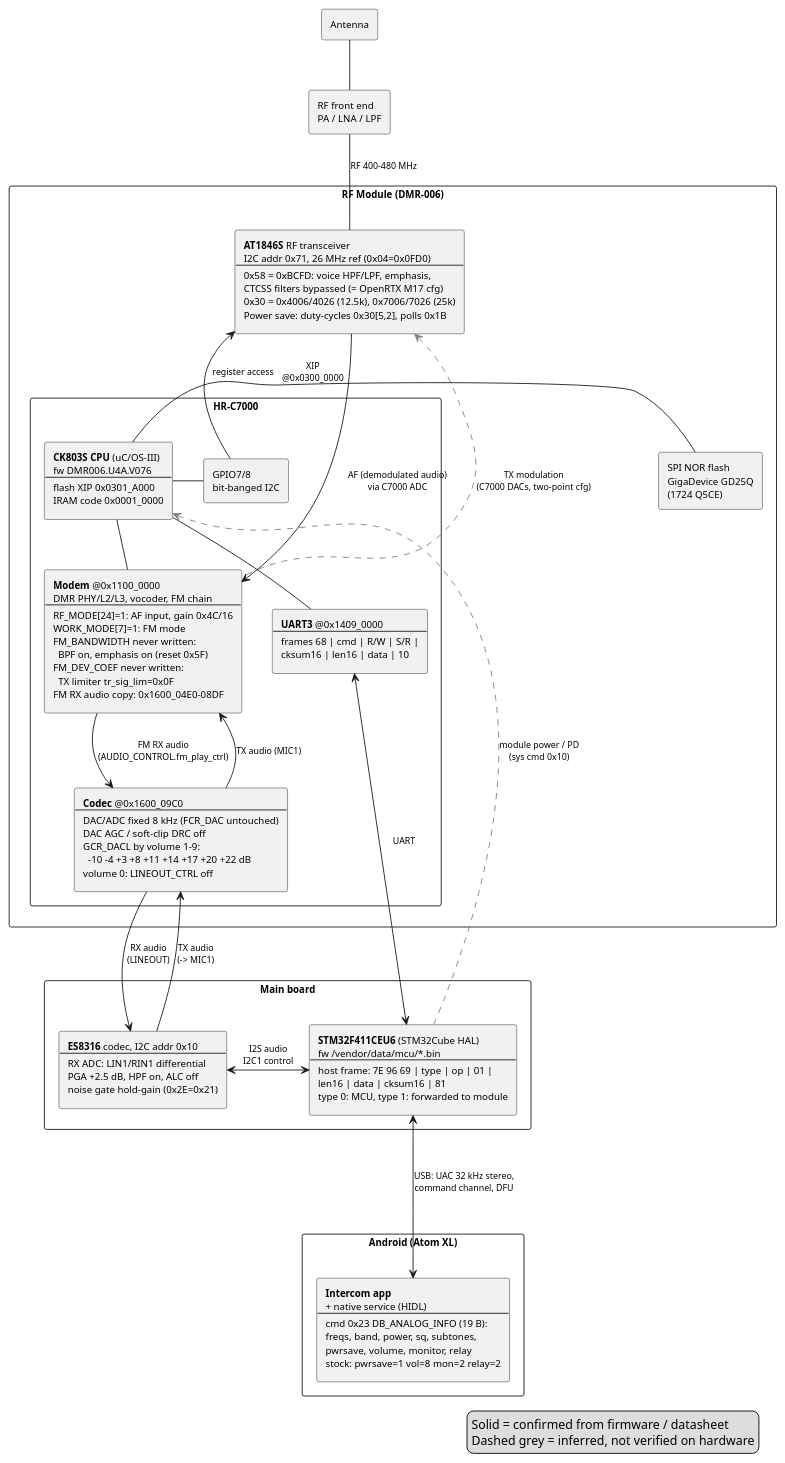
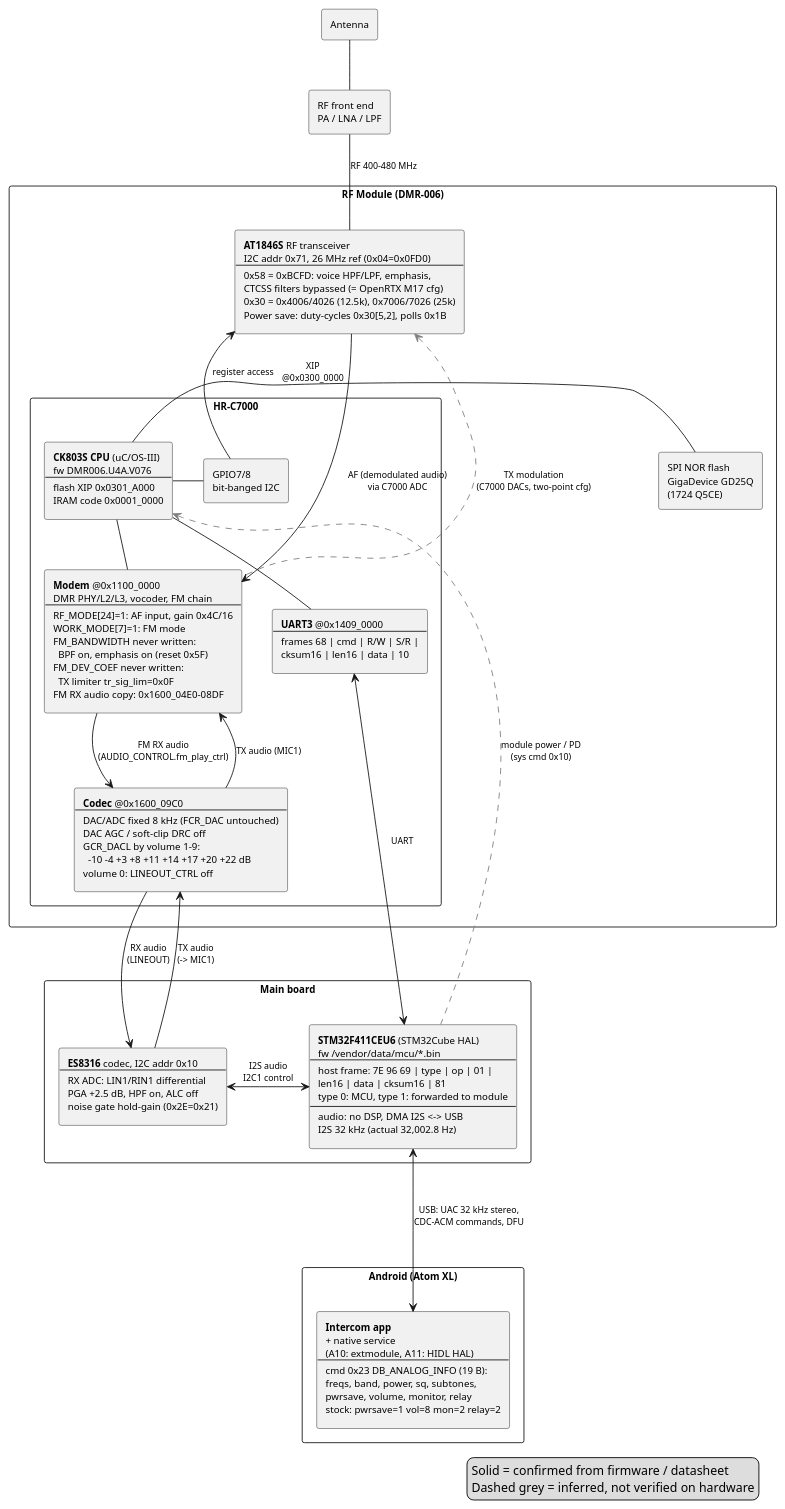
The diagram in images/block-diagram.puml (M17-Project/AtomXL-reverse-engineering), drawn with PlantUML before and after one commit. The commit also changed 5 other files, not shown here.

```diff
--- a/images/block-diagram.puml
+++ b/images/block-diagram.puml
@@ -1,135 +1,139 @@
 @startuml
 ' Unihertz Atom XL - radio subsystem block diagram
 ' Solid arrows: confirmed from firmware / datasheets.
 ' Dashed grey arrows: inferred, not verified on hardware.
 ' Sources: DMR006.U4A.V076.bin (C-SKY CK803S, headless Ghidra), STM32 fw 20201016161541.bin,
 '          HR_C7000 user guide v2.7, AT1846S programming guide, ES8316 user guide, ComJot DMR API.
 
 top to bottom direction
 skinparam componentStyle rectangle
 skinparam shadowing false
 skinparam defaultFontSize 11
 skinparam ArrowFontSize 10
 skinparam packageStyle rectangle
 skinparam nodesep 35
 skinparam ranksep 55
 
 component "Antenna" as ANT
 component "RF front end\nPA / LNA / LPF" as FE
 
 package "RF Module (DMR-006)" {
 
   component TRX [
     <b>AT1846S</b> RF transceiver
     I2C addr 0x71, 26 MHz ref (0x04=0x0FD0)
     --
     0x58 = 0xBCFD: voice HPF/LPF, emphasis,
     CTCSS filters bypassed (= OpenRTX M17 cfg)
     0x30 = 0x4006/4026 (12.5k), 0x7006/7026 (25k)
     Power save: duty-cycles 0x30[5,2], polls 0x1B
   ]
 
   package "HR-C7000" {
     component CPU [
       <b>CK803S CPU</b> (uC/OS-III)
       fw DMR006.U4A.V076
       --
       flash XIP 0x0301_A000
       IRAM code 0x0001_0000
     ]
     component MODEM [
       <b>Modem</b> @0x1100_0000
       DMR PHY/L2/L3, vocoder, FM chain
       --
       RF_MODE[24]=1: AF input, gain 0x4C/16
       WORK_MODE[7]=1: FM mode
       FM_BANDWIDTH never written:
         BPF on, emphasis on (reset 0x5F)
       FM_DEV_COEF never written:
         TX limiter tr_sig_lim=0x0F
       FM RX audio copy: 0x1600_04E0-08DF
     ]
     component CODEC7 [
       <b>Codec</b> @0x1600_09C0
       --
       DAC/ADC fixed 8 kHz (FCR_DAC untouched)
       DAC AGC / soft-clip DRC off
       GCR_DACL by volume 1-9:
         -10 -4 +3 +8 +11 +14 +17 +20 +22 dB
       volume 0: LINEOUT_CTRL off
     ]
     component UART3 [
       <b>UART3</b> @0x1409_0000
       --
       frames 68 | cmd | R/W | S/R |
       cksum16 | len16 | data | 10
     ]
     component "GPIO7/8\nbit-banged I2C" as BBI2C
   }
 
   component "SPI NOR flash\nGigaDevice GD25Q\n(1724 Q5CE)" as FLASH
 }
 
 package "Main board" {
   component ES [
     <b>ES8316</b> codec, I2C addr 0x10
     --
     RX ADC: LIN1/RIN1 differential
     PGA +2.5 dB, HPF on, ALC off
     noise gate hold-gain (0x2E=0x21)
   ]
   component MCU [
     <b>STM32F411CEU6</b> (STM32Cube HAL)
     fw /vendor/data/mcu/*.bin
     --
     host frame: 7E 96 69 | type | op | 01 |
     len16 | data | cksum16 | 81
     type 0: MCU, type 1: forwarded to module
+    --
+    audio: no DSP, DMA I2S <-> USB
+    I2S 32 kHz (actual 32,002.8 Hz)
   ]
 }
 
 package "Android (Atom XL)" {
   component APP [
     <b>Intercom app</b>
-    + native service (HIDL)
+    + native service
+    (A10: extmodule, A11: HIDL HAL)
     --
     cmd 0x23 DB_ANALOG_INFO (19 B):
     freqs, band, power, sq, subtones,
     pwrsave, volume, monitor, relay
     stock: pwrsave=1 vol=8 mon=2 relay=2
   ]
 }
 
 ' ---------- RF (top) ----------
 ANT -- FE
 FE -- TRX : RF 400-480 MHz
 
 ' ---------- Transceiver <-> C7000 ----------
 TRX --> MODEM : AF (demodulated audio)\nvia C7000 ADC
 TRX <.. MODEM #grey : TX modulation\n(C7000 DACs, two-point cfg)
 TRX <-- BBI2C : register access
 
 ' ---------- C7000 internals ----------
 FLASH -right- CPU : XIP\n@0x0300_0000
 CPU - BBI2C
 CPU -- MODEM
 CPU -- UART3
 MODEM --> CODEC7 : FM RX audio\n(AUDIO_CONTROL.fm_play_ctrl)
 MODEM <-- CODEC7 : TX audio (MIC1)
 
 ' ---------- Module <-> main board ----------
 CODEC7 --> ES : RX audio\n(LINEOUT)
 CODEC7 <-- ES : TX audio\n(-> MIC1)
 UART3 <--> MCU : UART
 CPU <.. MCU #grey : module power / PD\n(sys cmd 0x10)
 ES <-> MCU : I2S audio\nI2C1 control
 
 ' ---------- Main board <-> phone (bottom) ----------
-MCU <---> APP : USB: UAC 32 kHz stereo,\ncommand channel, DFU
+MCU <---> APP : USB: UAC 32 kHz stereo,\nCDC-ACM commands, DFU
 
 legend bottom right
   Solid = confirmed from firmware / datasheet
   Dashed grey = inferred, not verified on hardware
 endlegend
 
 @enduml
```
